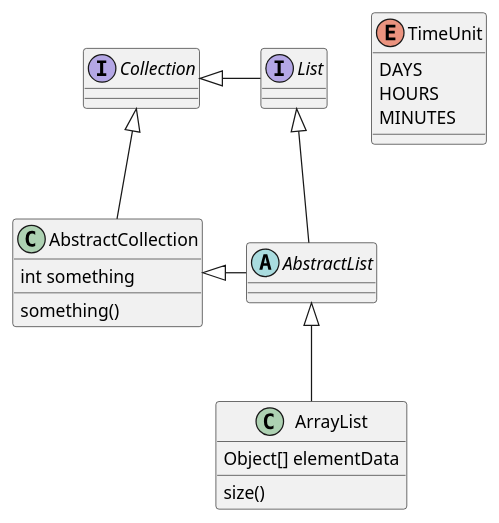
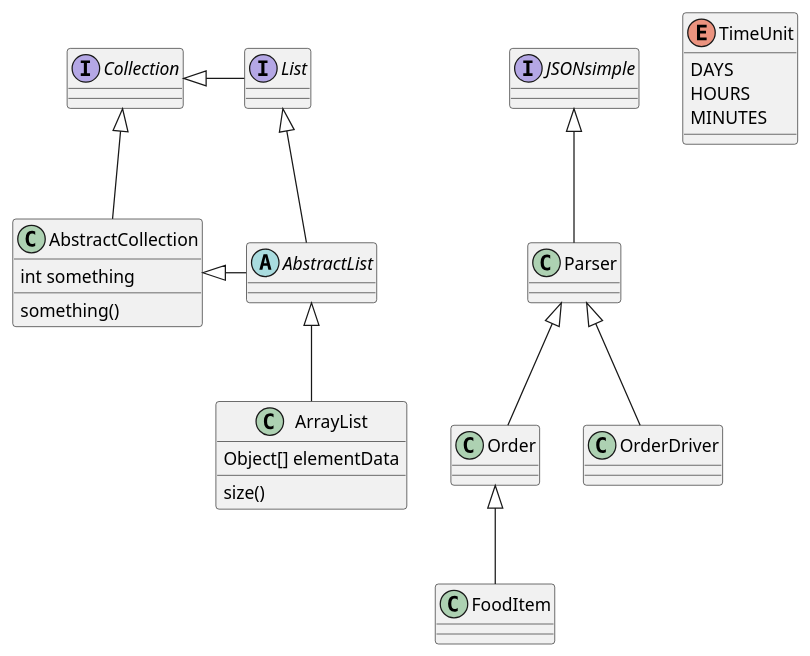
One commit to aidanmahl/372GroupProject changed the diagram in ClassUMLDiagram.puml. Above: the diagram before and after it, drawn with PlantUML.

```diff
--- a/ClassUMLDiagram.puml
+++ b/ClassUMLDiagram.puml
@@ -1,31 +1,52 @@
 @startuml
 'https://plantuml.com/class-diagram
 
 abstract class AbstractList
 abstract AbstractCollection
+class Parser
+class FoodItem
+class Order
+class OrderDriver
 interface List
 interface Collection
+interface JSONsimple
+
+
+JSONsimple <|-- Parser
+Parser <|-- Order
+Order <|-- FoodItem
+Parser <|-- OrderDriver
 
 List <|-- AbstractList
 Collection <|-- AbstractCollection
 
 Collection <|- List
 AbstractCollection <|- AbstractList
 AbstractList <|-- ArrayList
 
 class ArrayList {
 Object[] elementData
 size()
 }
 
 enum TimeUnit {
 DAYS
 HOURS
 MINUTES
 }
 
 class AbstractCollection {
 int something
 something()
 }
+
+class FoodItem {
+
+}
+
+class Order {
+
+}
+
+
 @enduml
```
